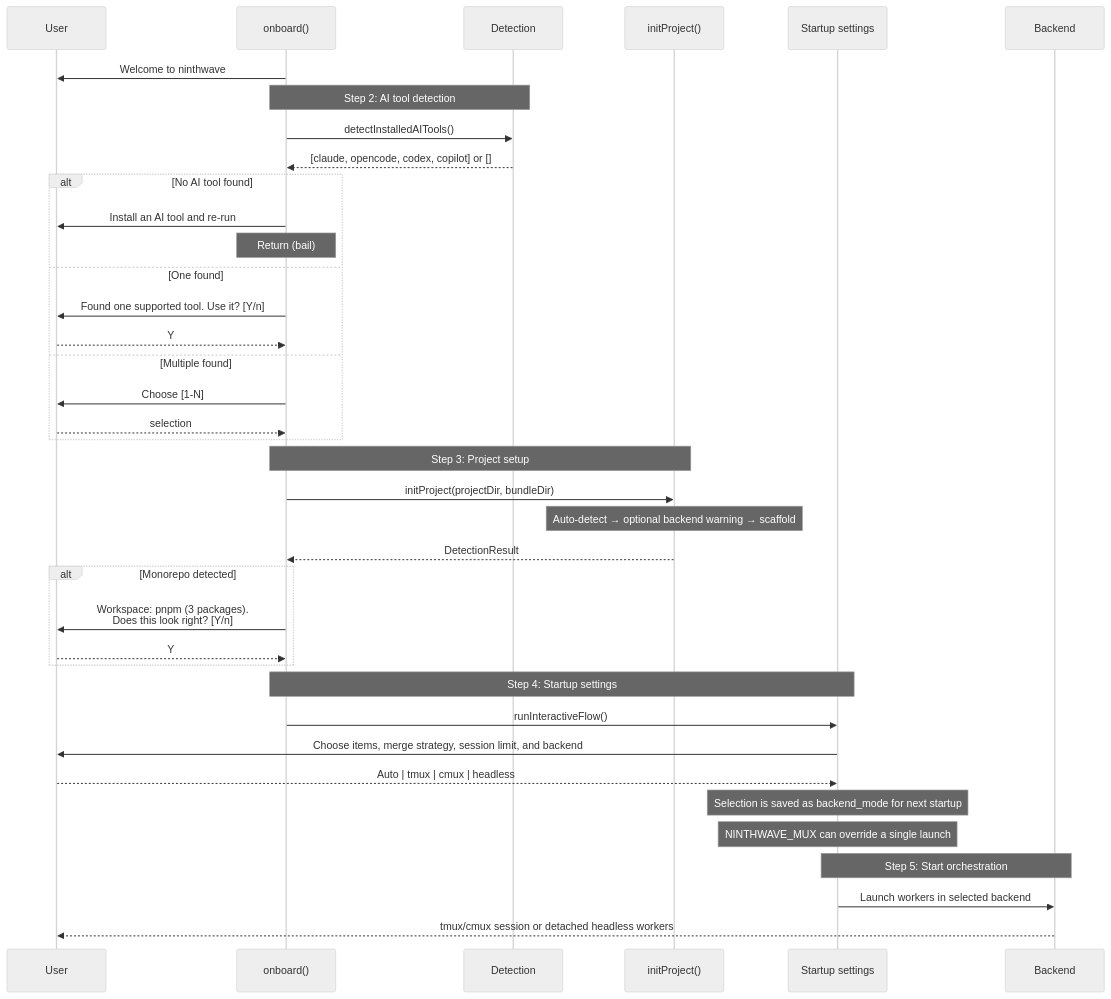
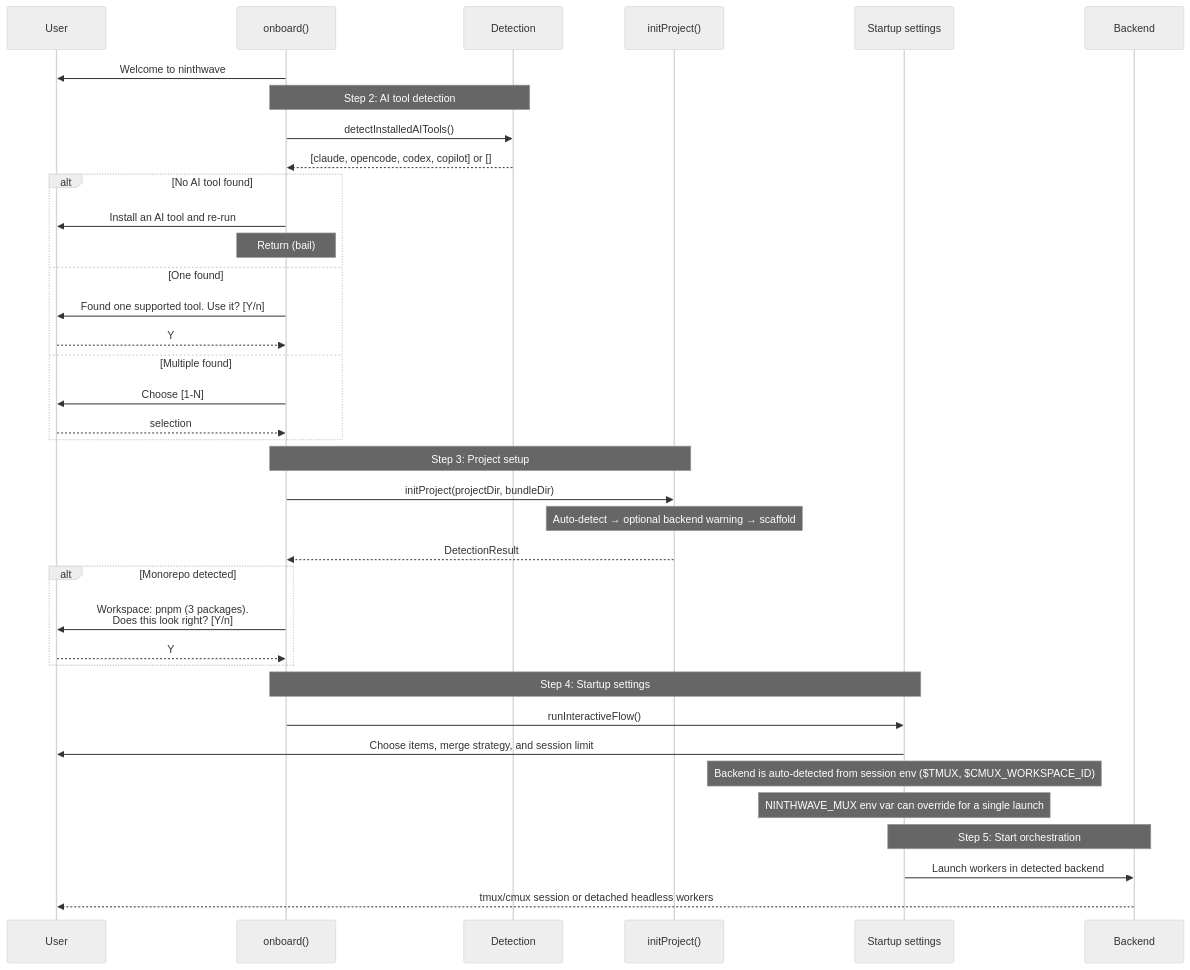
One commit to roblambell/ninthwave changed the second of 4 diagrams in docs/onboarding.md. Above: the diagram before and after it, drawn with Mermaid (neutral theme). The commit also changed 22 other files, not shown here.

First line of the commit message:
fix: simplify mux detection to session-only, remove backend_mode config

````diff
--- a/docs/onboarding.md
+++ b/docs/onboarding.md
@@ -58,47 +58,46 @@
 ```mermaid
 sequenceDiagram
     participant U as User
     participant O as onboard()
     participant D as Detection
     participant I as initProject()
     participant S as Startup settings
     participant B as Backend
 
     O->>U: Welcome to ninthwave
 
     Note over O,D: Step 2: AI tool detection
     O->>D: detectInstalledAITools()
     D-->>O: [claude, opencode, codex, copilot] or []
 
     alt No AI tool found
         O->>U: Install an AI tool and re-run
         Note over O: Return (bail)
     else One found
         O->>U: Found one supported tool. Use it? [Y/n]
         U-->>O: Y
     else Multiple found
         O->>U: Choose [1-N]
         U-->>O: selection
     end
 
     Note over O,I: Step 3: Project setup
     O->>I: initProject(projectDir, bundleDir)
     Note over I: Auto-detect → optional backend warning → scaffold
     I-->>O: DetectionResult
 
     alt Monorepo detected
         O->>U: Workspace: pnpm (3 packages).<br/>Does this look right? [Y/n]
         U-->>O: Y
     end
 
     Note over O,S: Step 4: Startup settings
     O->>S: runInteractiveFlow()
-    S->>U: Choose items, merge strategy, session limit, and backend
-    U-->>S: Auto | tmux | cmux | headless
-    Note over S: Selection is saved as backend_mode for next startup
-    Note over S: NINTHWAVE_MUX can override a single launch
+    S->>U: Choose items, merge strategy, and session limit
+    Note over S: Backend is auto-detected from session env ($TMUX, $CMUX_WORKSPACE_ID)
+    Note over S: NINTHWAVE_MUX env var can override for a single launch
 
     Note over S,B: Step 5: Start orchestration
-    S->>B: Launch workers in selected backend
+    S->>B: Launch workers in detected backend
     B-->>U: tmux/cmux session or detached headless workers
 ```
````
